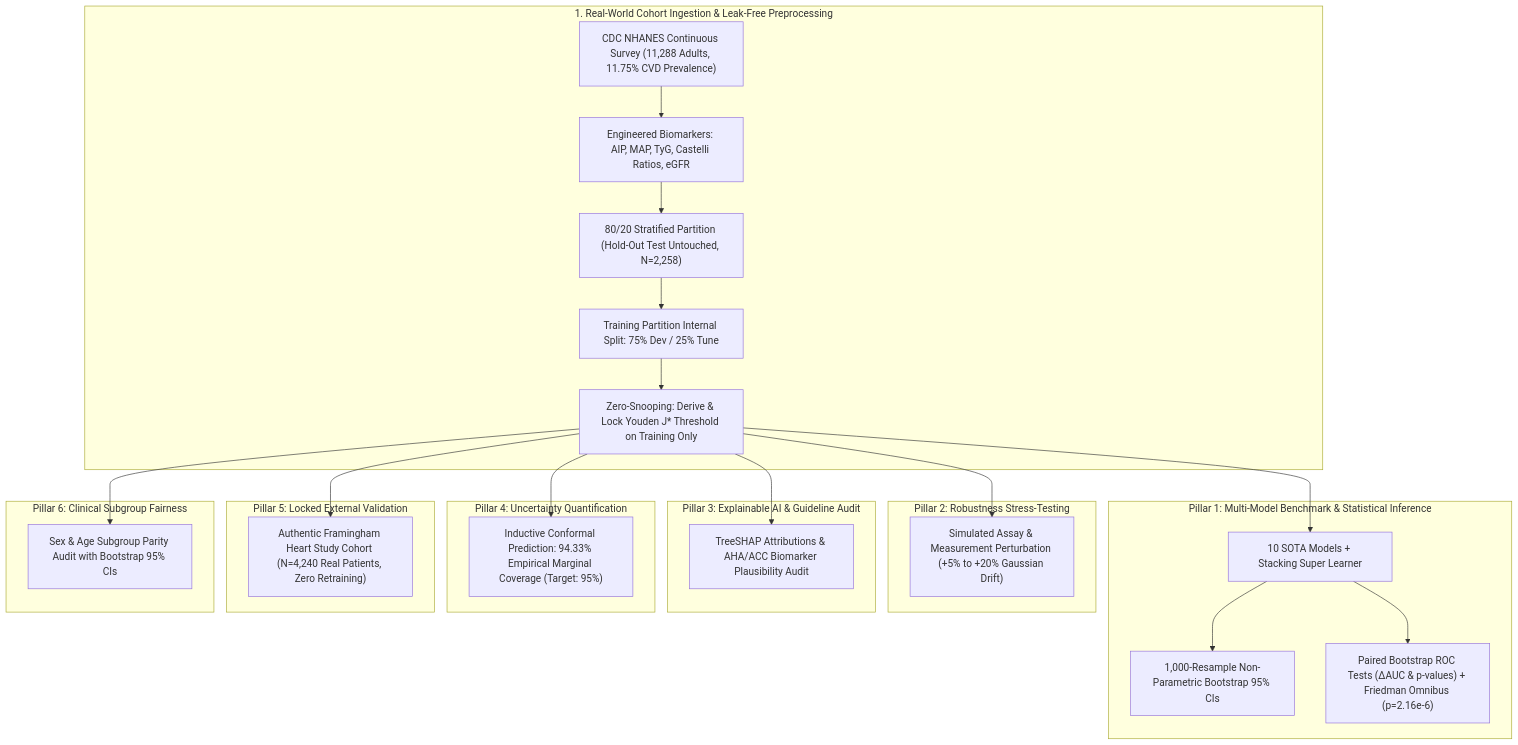
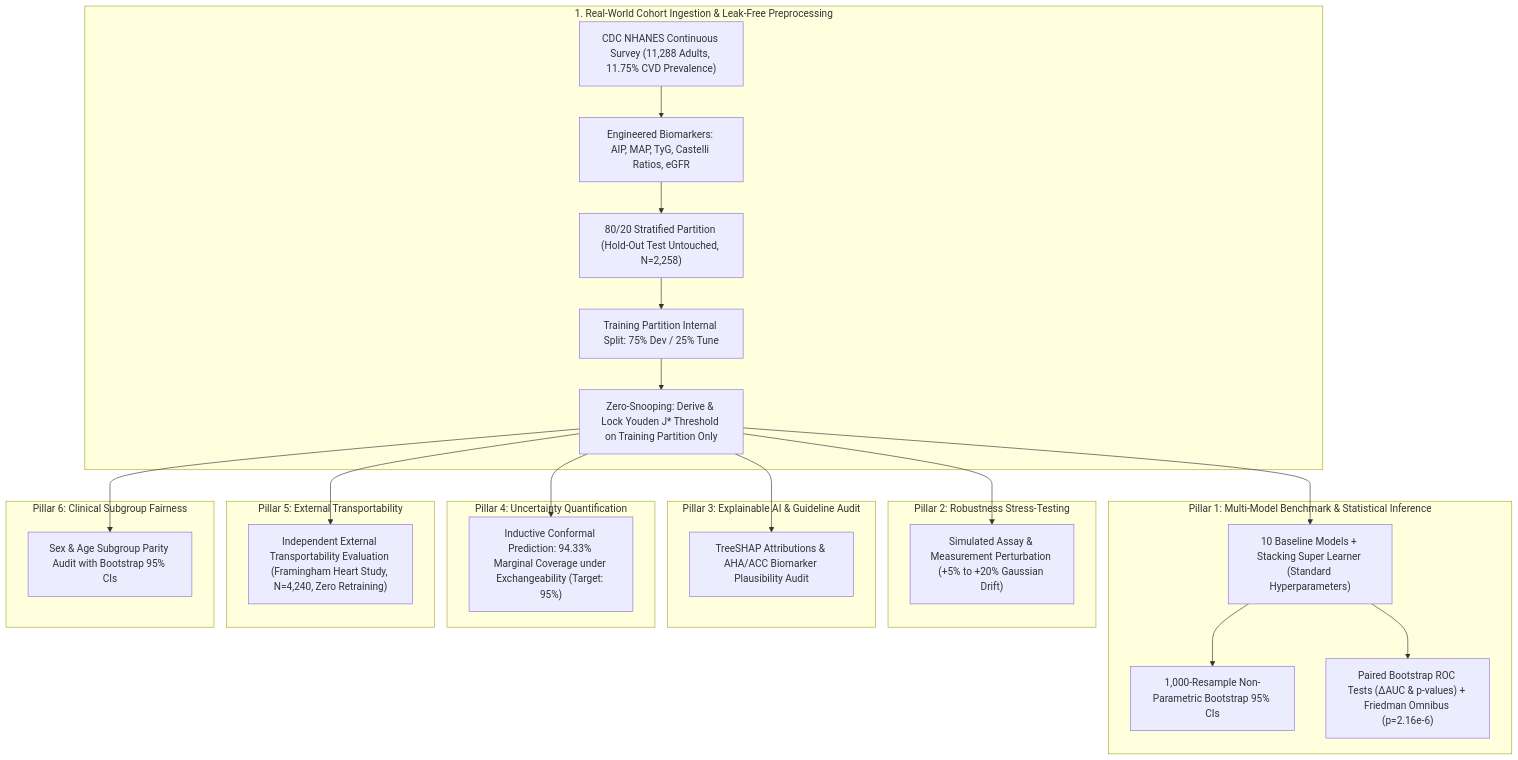
The diagram in README.md (Yasir-Alazmi/Comparative-Analysis-of-Machine-Learning-Models-for-Healthcare-Diagnostics), drawn with Mermaid before and after one commit. The commit also changed other lines of this file and 8 other files, not shown here.

````diff
--- a/README.md
+++ b/README.md
@@ -26,35 +26,35 @@
 ```mermaid
 flowchart TD
     subgraph Data ["1. Real-World Cohort Ingestion & Leak-Free Preprocessing"]
         NHANES["CDC NHANES Continuous Survey (11,288 Adults, 11.75% CVD Prevalence)"] --> Features["Engineered Biomarkers: AIP, MAP, TyG, Castelli Ratios, eGFR"]
         Features --> Split["80/20 Stratified Partition (Hold-Out Test Untouched, N=2,258)"]
         Split --> DevTune["Training Partition Internal Split: 75% Dev / 25% Tune"]
-        DevTune --> Lock["Zero-Snooping: Derive & Lock Youden J* Threshold on Training Only"]
+        DevTune --> Lock["Zero-Snooping: Derive & Lock Youden J* Threshold on Training Partition Only"]
     end
     
     subgraph Exp1 ["Pillar 1: Multi-Model Benchmark & Statistical Inference"]
-        Lock --> Benchmark["10 SOTA Models + Stacking Super Learner"]
+        Lock --> Benchmark["10 Baseline Models + Stacking Super Learner (Standard Hyperparameters)"]
         Benchmark --> Bootstrap["1,000-Resample Non-Parametric Bootstrap 95% CIs"]
         Benchmark --> PairedROC["Paired Bootstrap ROC Tests (ΔAUC & p-values) + Friedman Omnibus (p=2.16e-6)"]
     end
     
     subgraph Exp2 ["Pillar 2: Robustness Stress-Testing"]
         Lock --> Perturb["Simulated Assay & Measurement Perturbation (+5% to +20% Gaussian Drift)"]
     end
     
     subgraph Exp3 ["Pillar 3: Explainable AI & Guideline Audit"]
         Lock --> SHAP["TreeSHAP Attributions & AHA/ACC Biomarker Plausibility Audit"]
     end
     
     subgraph Exp4 ["Pillar 4: Uncertainty Quantification"]
-        Lock --> Conformal["Inductive Conformal Prediction: 94.33% Empirical Marginal Coverage (Target: 95%)"]
+        Lock --> Conformal["Inductive Conformal Prediction: 94.33% Marginal Coverage under Exchangeability (Target: 95%)"]
     end
 
-    subgraph Exp5 ["Pillar 5: Locked External Validation"]
-        Lock --> External["Authentic Framingham Heart Study Cohort (N=4,240 Real Patients, Zero Retraining)"]
+    subgraph Exp5 ["Pillar 5: External Transportability"]
+        Lock --> External["Independent External Transportability Evaluation (Framingham Heart Study, N=4,240, Zero Retraining)"]
     end
 
     subgraph Exp6 ["Pillar 6: Clinical Subgroup Fairness"]
         Lock --> Fairness["Sex & Age Subgroup Parity Audit with Bootstrap 95% CIs"]
     end
 ```
````
